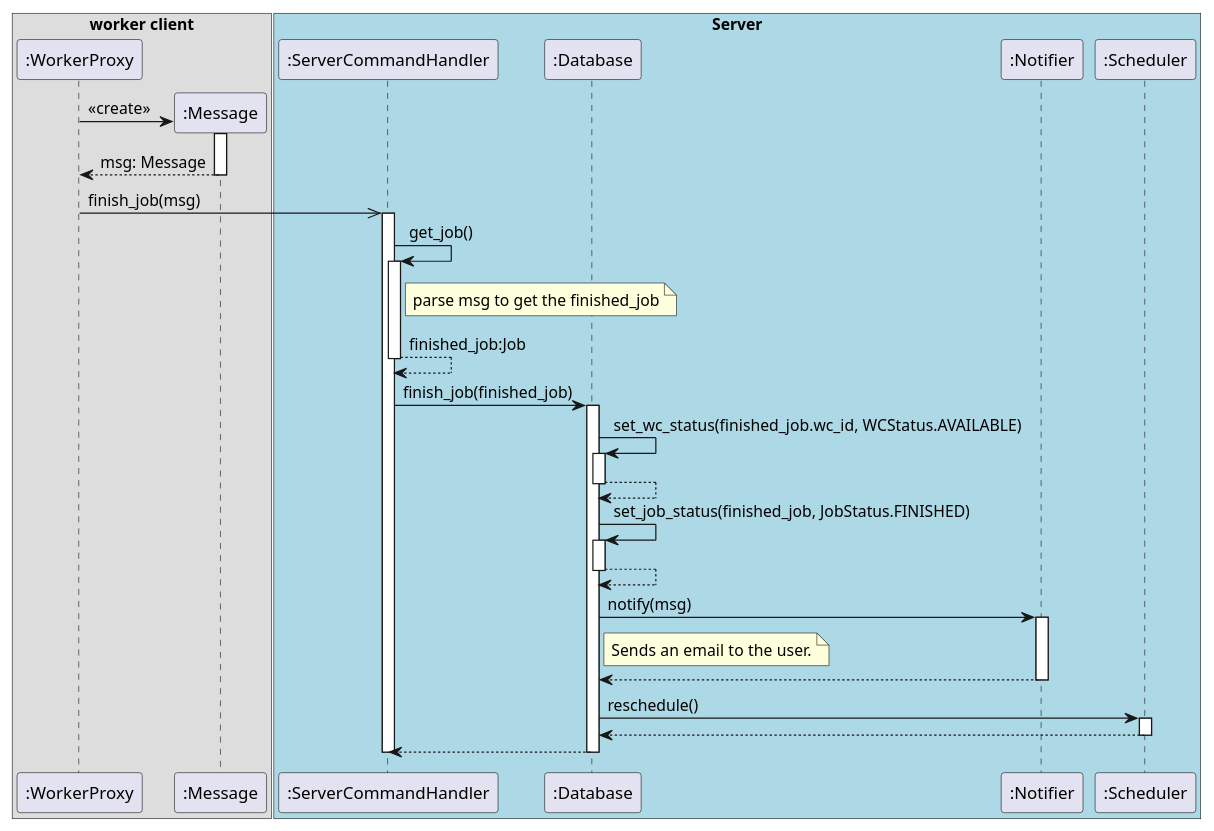
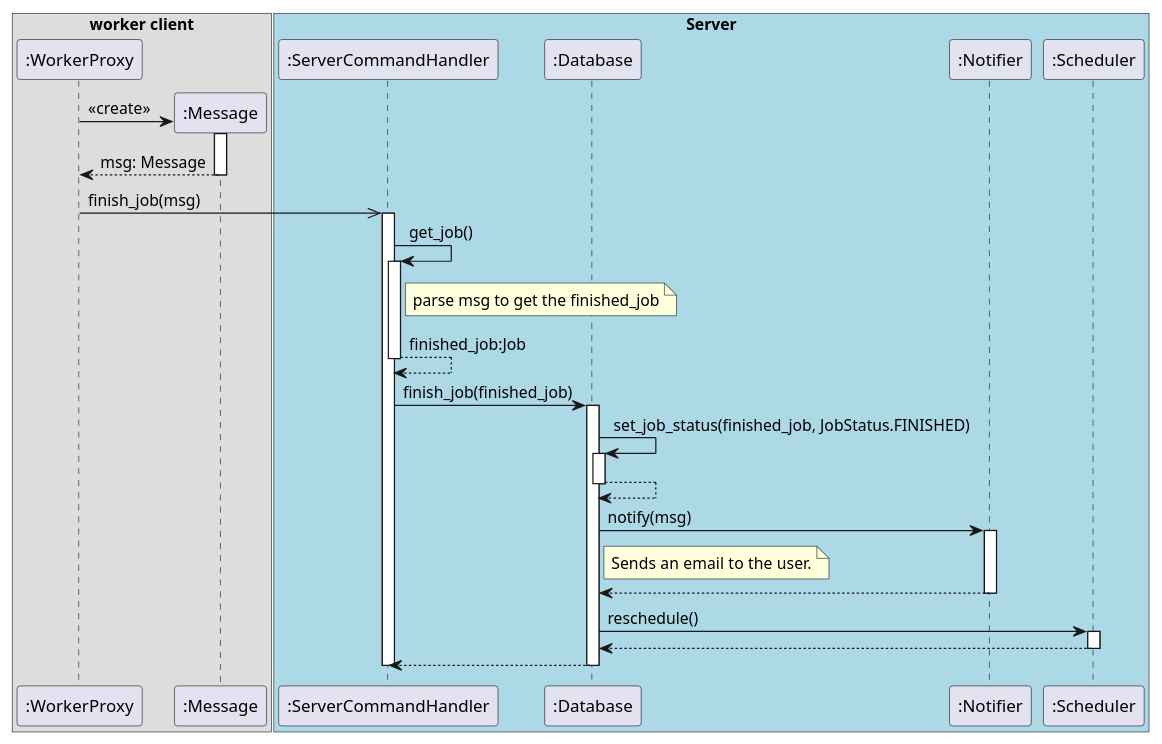
The diagram in design/sequence/finish-sd.puml (DistributedTaskScheduling/documentation), drawn with PlantUML before and after one commit.

Commit message:
removed set_wc_status()

```diff
--- a/design/sequence/finish-sd.puml
+++ b/design/sequence/finish-sd.puml
@@ -1,46 +1,44 @@
 @startuml
 
 box "worker client"
     participant ":WorkerProxy" as wc
     participant ":Message" as m
 end box
 
 box "Server" #LightBlue
     participant ":ServerCommandHandler" as sch
     participant ":Database" as db
     participant ":Notifier" as n
     participant ":Scheduler" as s
 end box
 
 create m 
 wc -> m ++: <<create>>
 m --> wc --: msg: Message
 
 wc ->> sch ++ : finish_job(msg)
 sch -> sch ++: get_job()
 note right of sch
     parse msg to get the finished_job
 end note
 sch --> sch --: finished_job:Job
 
 sch -> db ++ : finish_job(finished_job)
-db -> db ++: set_wc_status(finished_job.wc_id, WCStatus.AVAILABLE)
-db-->db --
 db -> db ++: set_job_status(finished_job, JobStatus.FINISHED)
 db-->db --
 
 
 
 db -> n ++: notify(msg)
 note right of db 
     Sends an email to the user.
 end note
 n --> db --:
 
 
 db -> s ++: reschedule()
 s --> db --
 db--> sch --
 sch--
 
 @enduml
```
